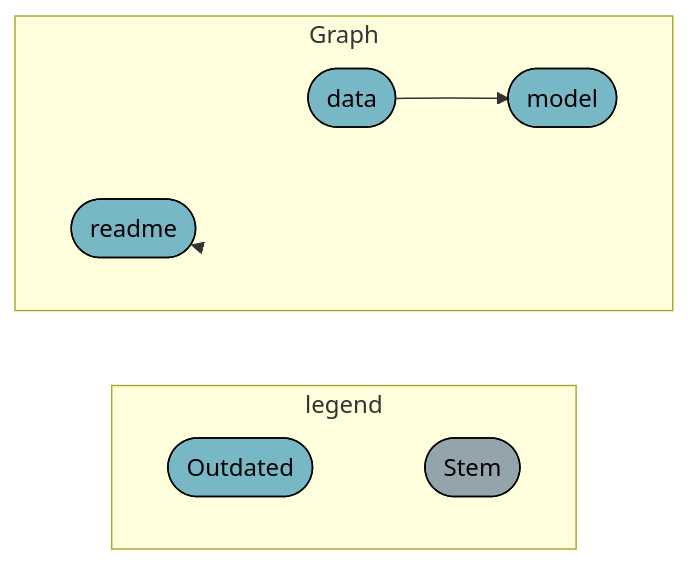
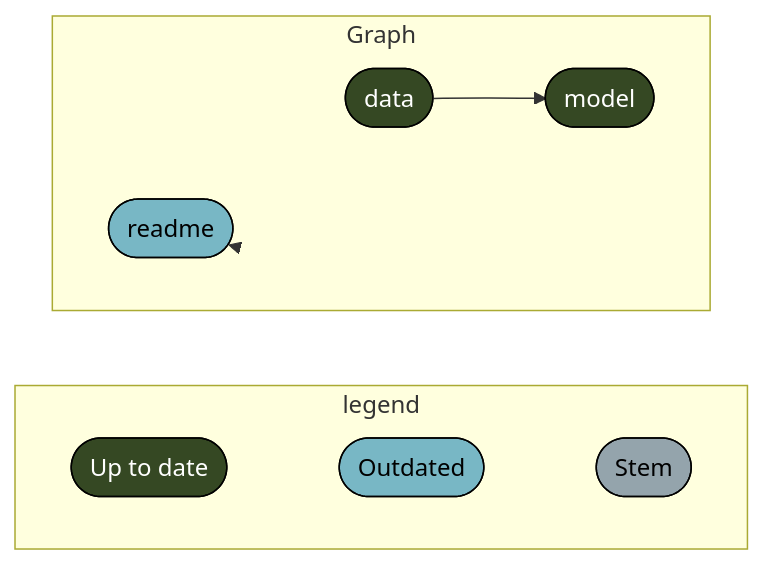
One commit to cct-datascience/targets-uahpc changed the diagram in README.md. Above: the diagram before and after it, drawn with Mermaid. The commit also changed other lines of this file and 1 other file, not shown here.

Commit message:
fix copy paste

````diff
--- a/README.md
+++ b/README.md
@@ -60,16 +53,19 @@
 ``` mermaid
 graph LR
   subgraph legend
     direction LR
+    x7420bd9270f8d27d([""Up to date""]):::uptodate --- x0a52b03877696646([""Outdated""]):::outdated
     x0a52b03877696646([""Outdated""]):::outdated --- xbf4603d6c2c2ad6b([""Stem""]):::none
   end
   subgraph Graph
     direction LR
-    xb7119b48552d1da3(["data"]):::outdated --> xe1eeca7af8e0b529(["model"]):::outdated
+    xb7119b48552d1da3(["data"]):::uptodate --> xe1eeca7af8e0b529(["model"]):::uptodate
     x6e52cb0f1668cc22(["readme"]):::outdated --> x6e52cb0f1668cc22(["readme"]):::outdated
   end
+  classDef uptodate stroke:#000000,color:#ffffff,fill:#354823;
   classDef outdated stroke:#000000,color:#000000,fill:#78B7C5;
   classDef none stroke:#000000,color:#000000,fill:#94a4ac;
   linkStyle 0 stroke-width:0px;
-  linkStyle 2 stroke-width:0px;
+  linkStyle 1 stroke-width:0px;
+  linkStyle 3 stroke-width:0px;
 ```
````
